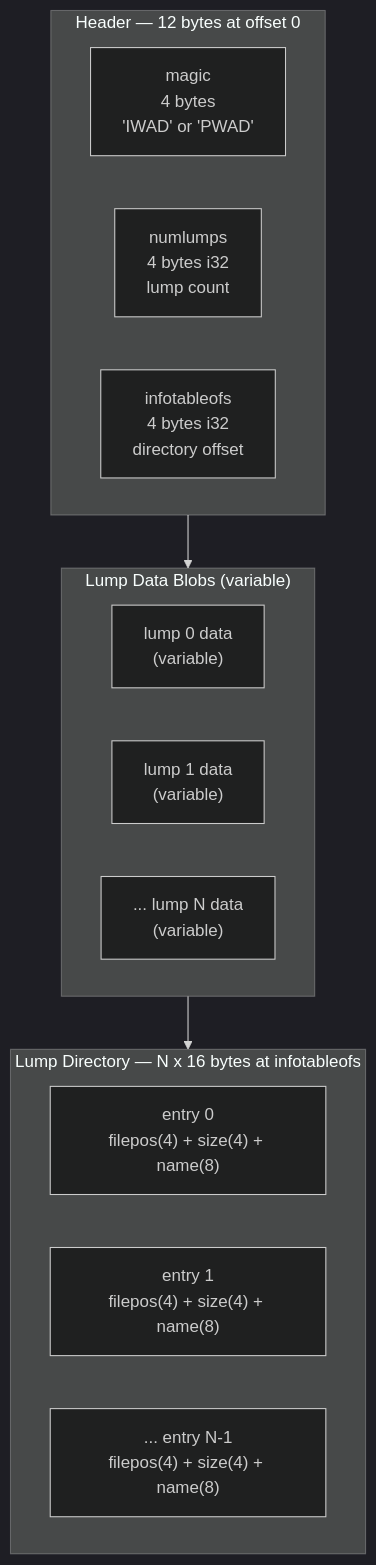
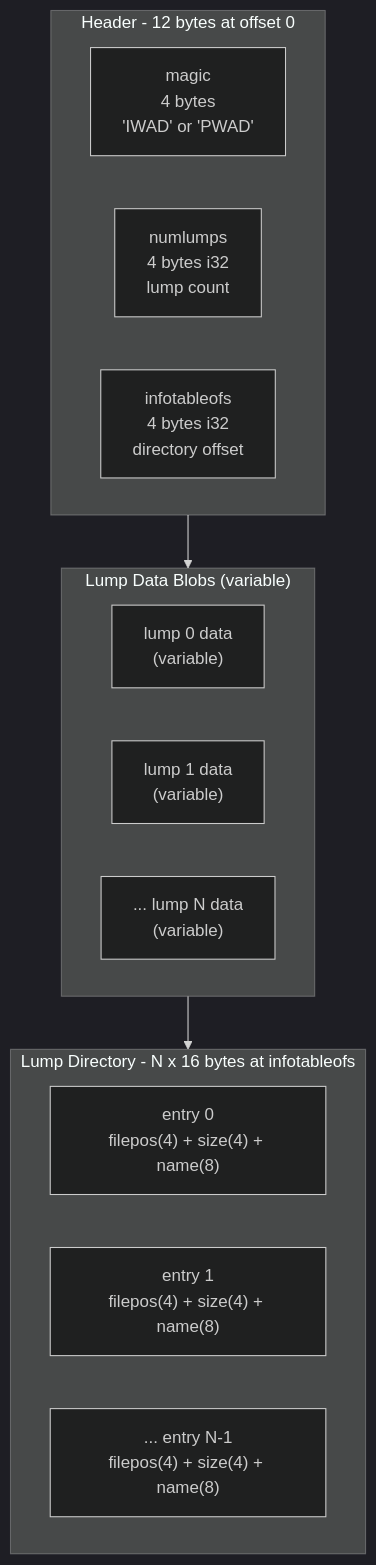
The first of 4 diagrams in docs/design.md (masriamir/crustywad), drawn with Mermaid (dark theme) before and after one commit. The commit also changed other lines of this file, not shown here.

Commit message:
docs(design): fix Mermaid rendering issues across all diagrams

````diff
--- a/docs/design.md
+++ b/docs/design.md
@@ -23,20 +23,20 @@
 ```mermaid
-graph TD
-    subgraph Header["Header — 12 bytes at offset 0"]
+flowchart TD
+    subgraph Header["Header - 12 bytes at offset 0"]
         magic["magic\n4 bytes\n'IWAD' or 'PWAD'"]
         numlumps["numlumps\n4 bytes i32\nlump count"]
         infotableofs["infotableofs\n4 bytes i32\ndirectory offset"]
     end
     subgraph Data["Lump Data Blobs (variable)"]
         lump0["lump 0 data\n(variable)"]
         lump1["lump 1 data\n(variable)"]
         lumpN["... lump N data\n(variable)"]
     end
-    subgraph Dir["Lump Directory — N x 16 bytes at infotableofs"]
+    subgraph Dir["Lump Directory - N x 16 bytes at infotableofs"]
         entry0["entry 0\nfilepos(4) + size(4) + name(8)"]
         entry1["entry 1\nfilepos(4) + size(4) + name(8)"]
         entryN["... entry N-1\nfilepos(4) + size(4) + name(8)"]
     end
     Header --> Data
     Data --> Dir
 ```
````
